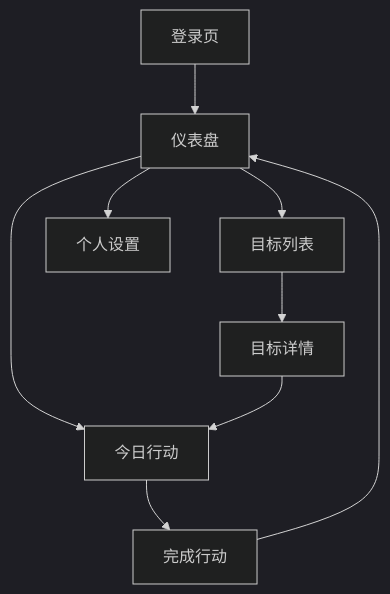
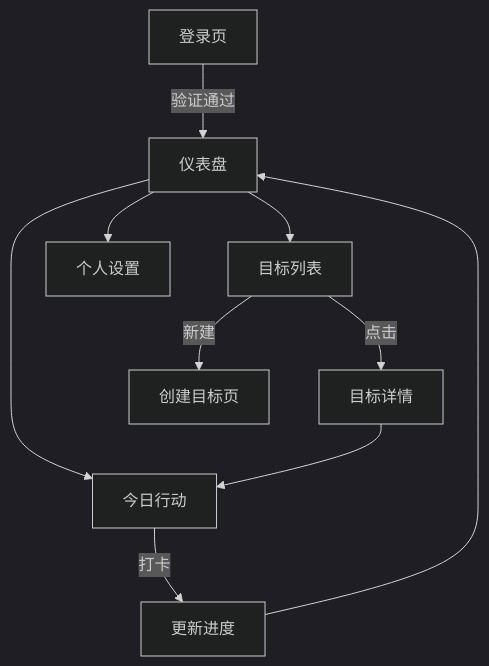
One commit to AIYAZONE/flowspark changed the diagram in .trae/documents/产品 - 02 MVP产品需求文档.md. Above: the diagram before and after it, drawn with Mermaid (dark theme). The commit also changed other lines of this file and 14 other files, not shown here.

````diff
--- a/.trae/documents/产品 - 02 MVP产品需求文档.md
+++ b/.trae/documents/产品 - 02 MVP产品需求文档.md
@@ -55,11 +52,12 @@
 ```mermaid
 graph TD
-    A[登录页] --> B[仪表盘]
+    A[登录页] -->|验证通过| B[仪表盘]
     B --> C[今日行动]
     B --> D[目标列表]
     B --> G[个人设置]
-    D --> E[目标详情]
+    D -->|点击| E[目标详情]
+    D -->|新建| H[创建目标页]
     E --> C
-    C --> F[完成行动]
+    C -->|打卡| F[更新进度]
     F --> B
 ```
````
